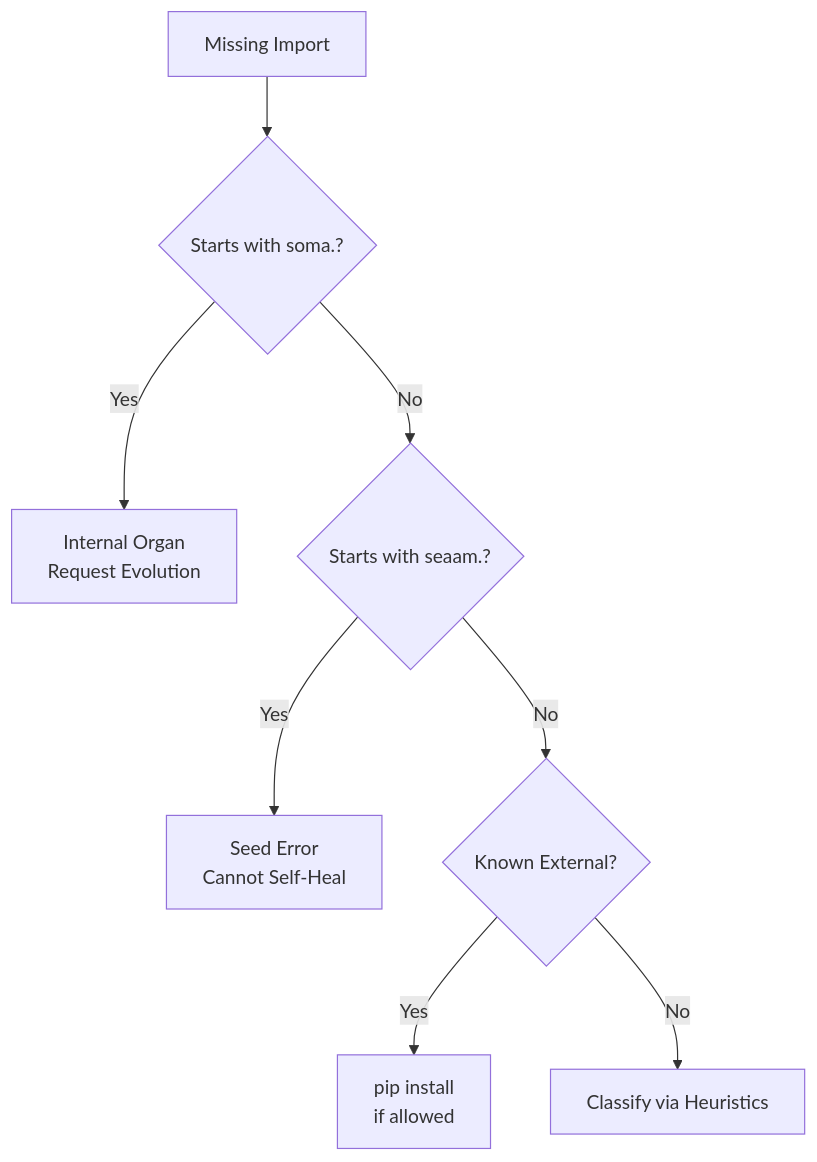
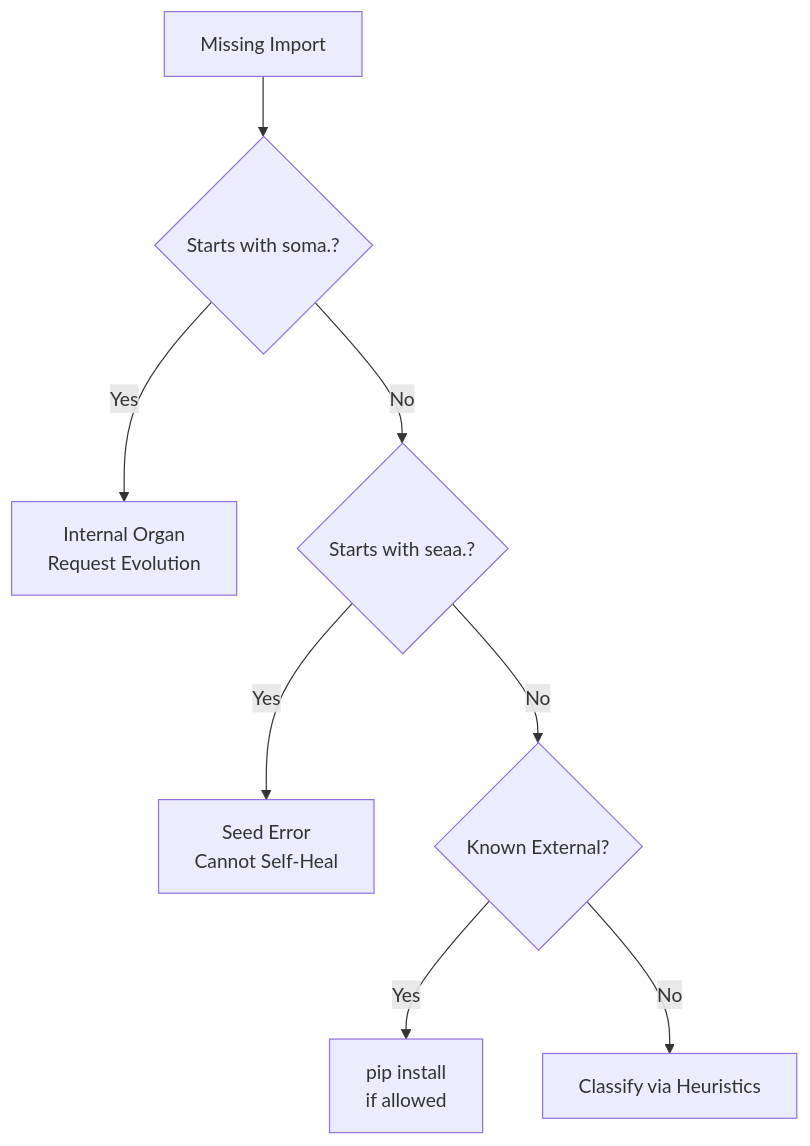
Before and after one commit to nranjan2code/sutraworks-SEAAM: the second of 4 diagrams in docs/ARCHITECTURE.md, drawn with Mermaid. The commit also changed other lines of this file and 59 other files, not shown here.

First line of the commit message:
feat: Rebrand from SEAAM to SEAA (Self-Evolving Autonomous Agent)

````diff
--- a/docs/ARCHITECTURE.md
+++ b/docs/ARCHITECTURE.md
@@ -171,10 +171,10 @@
 ```mermaid
 flowchart TD
     A[Missing Import] --> B{Starts with soma.?}
     B -->|Yes| C[Internal Organ\nRequest Evolution]
-    B -->|No| D{Starts with seaam.?}
+    B -->|No| D{Starts with seaa.?}
     D -->|Yes| E[Seed Error\nCannot Self-Heal]
     D -->|No| F{Known External?}
     F -->|Yes| G[pip install\nif allowed]
     F -->|No| H[Classify via Heuristics]
 ```
````
